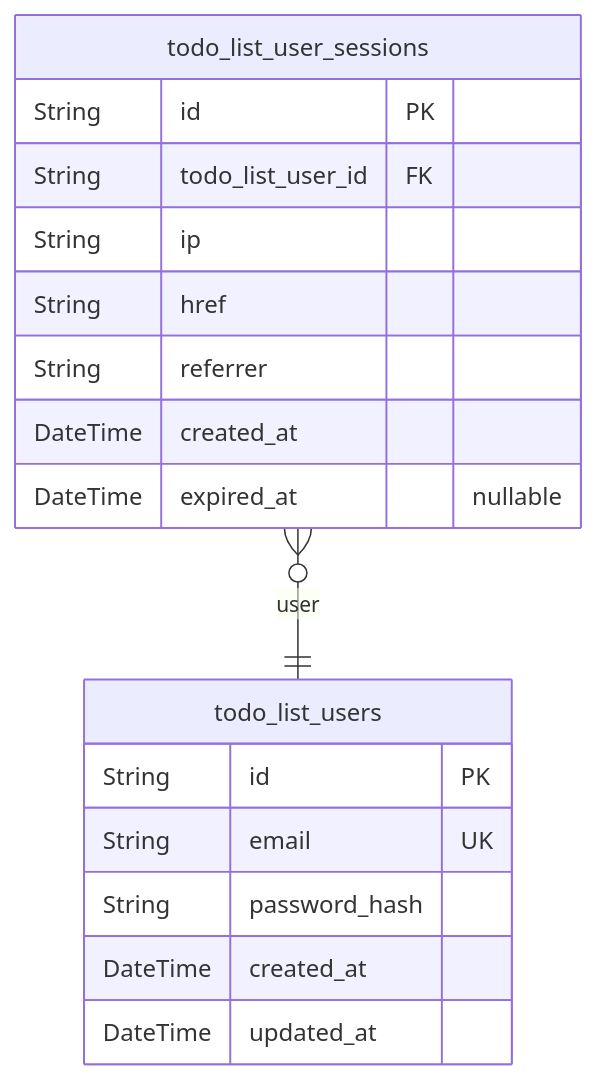
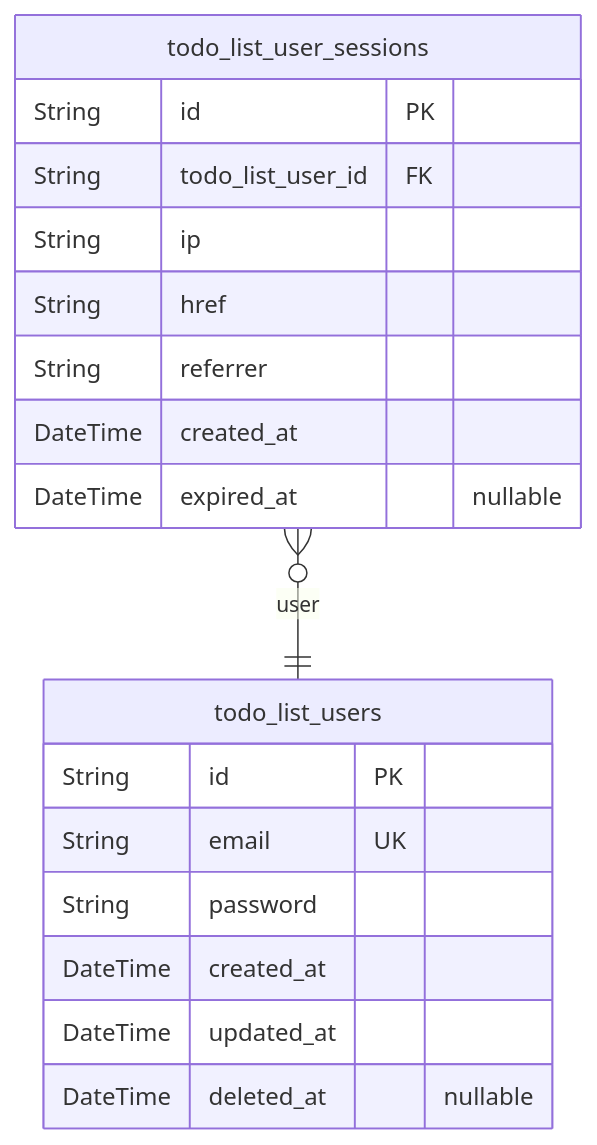
One commit to wrtnlabs/autobe-examples changed the first of 2 diagrams in qwen/qwen3-coder-exacto/todo/docs/ERD.md. Above: the diagram before and after it, drawn with Mermaid. The commit also changed other lines of this file and 7173 other files, not shown here.

````diff
--- a/qwen/qwen3-coder-exacto/todo/docs/ERD.md
+++ b/qwen/qwen3-coder-exacto/todo/docs/ERD.md
@@ -10,20 +10,21 @@
 ```mermaid
 erDiagram
 "todo_list_users" {
   String id PK
   String email UK
-  String password_hash
+  String password
   DateTime created_at
   DateTime updated_at
+  DateTime deleted_at "nullable"
 }
 "todo_list_user_sessions" {
   String id PK
   String todo_list_user_id FK
   String ip
   String href
   String referrer
   DateTime created_at
   DateTime expired_at "nullable"
 }
 "todo_list_user_sessions" }o--|| "todo_list_users" : user
 ```
````
